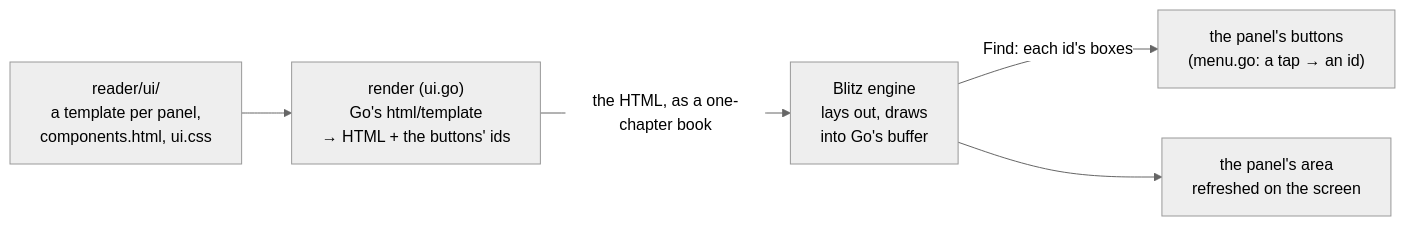
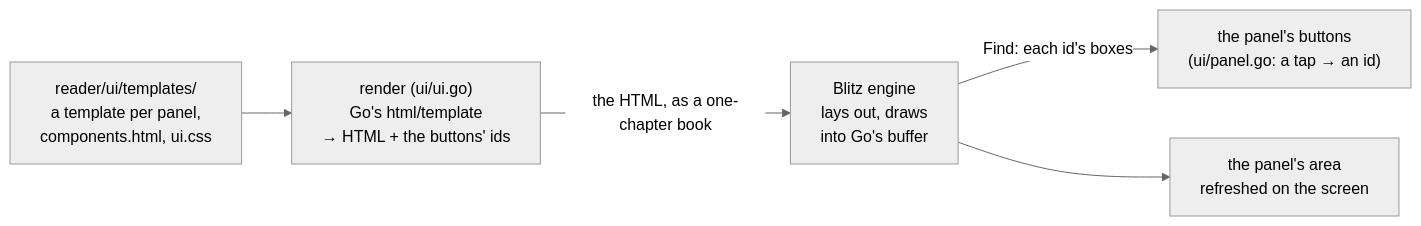
One commit to ardeshirj/shamsaink changed the third of 4 diagrams in docs/design.md. Above: the diagram before and after it, drawn with Mermaid (neutral theme). The commit also changed other lines of this file and 31 other files, not shown here.

````diff
--- a/docs/design.md
+++ b/docs/design.md
@@ -124,7 +124,7 @@
 ```mermaid
 flowchart LR
-  tpl["reader/ui/<br/>a template per panel,<br/>components.html, ui.css"] --> rnd["render (ui.go)<br/>Go's html/template<br/>→ HTML + the buttons' ids"]
+  tpl["reader/ui/templates/<br/>a template per panel,<br/>components.html, ui.css"] --> rnd["render (ui/ui.go)<br/>Go's html/template<br/>→ HTML + the buttons' ids"]
   rnd -- "the HTML, as a one-chapter book" --> eng["Blitz engine<br/>lays out, draws<br/>into Go's buffer"]
-  eng -- "Find: each id's boxes" --> taps["the panel's buttons<br/>(menu.go: a tap → an id)"]
+  eng -- "Find: each id's boxes" --> taps["the panel's buttons<br/>(ui/panel.go: a tap → an id)"]
   eng --> scr["the panel's area<br/>refreshed on the screen"]
 ```
````
